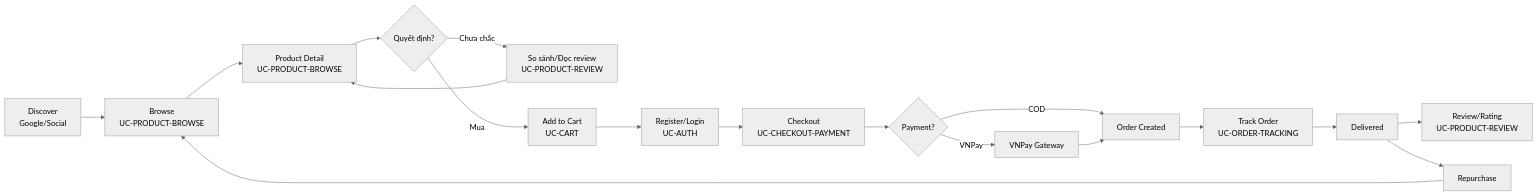
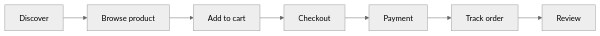
The first of 2 diagrams in strategy/01-user-journeys.md (dminhduc250136/ptit_htpt), drawn with Mermaid (neutral theme) before and after one commit. The commit also changed other lines of this file and 30 other files, not shown here.

````diff
--- a/strategy/01-user-journeys.md
+++ b/strategy/01-user-journeys.md
@@ -13,20 +12,9 @@
 ```mermaid
 flowchart LR
-    A[Discover<br/>Google/Social] --> B[Browse<br/>UC-PRODUCT-BROWSE]
-    B --> C[Product Detail<br/>UC-PRODUCT-BROWSE]
-    C --> D{Quyết định?}
-    D -->|Chưa chắc| E[So sánh/Đọc review<br/>UC-PRODUCT-REVIEW]
-    E --> C
-    D -->|Mua| F[Add to Cart<br/>UC-CART]
-    F --> G[Register/Login<br/>UC-AUTH]
-    G --> H[Checkout<br/>UC-CHECKOUT-PAYMENT]
-    H --> I{Payment?}
-    I -->|VNPay| J[VNPay Gateway]
-    I -->|COD| K[Order Created]
-    J --> K
-    K --> L[Track Order<br/>UC-ORDER-TRACKING]
-    L --> M[Delivered]
-    M --> N[Review/Rating<br/>UC-PRODUCT-REVIEW]
-    M --> O[Repurchase]
-    O --> B
+    A[Discover] --> B[Browse product]
+    B --> C[Add to cart]
+    C --> D[Checkout]
+    D --> E[Payment]
+    E --> F[Track order]
+    F --> G[Review]
 ```
````
